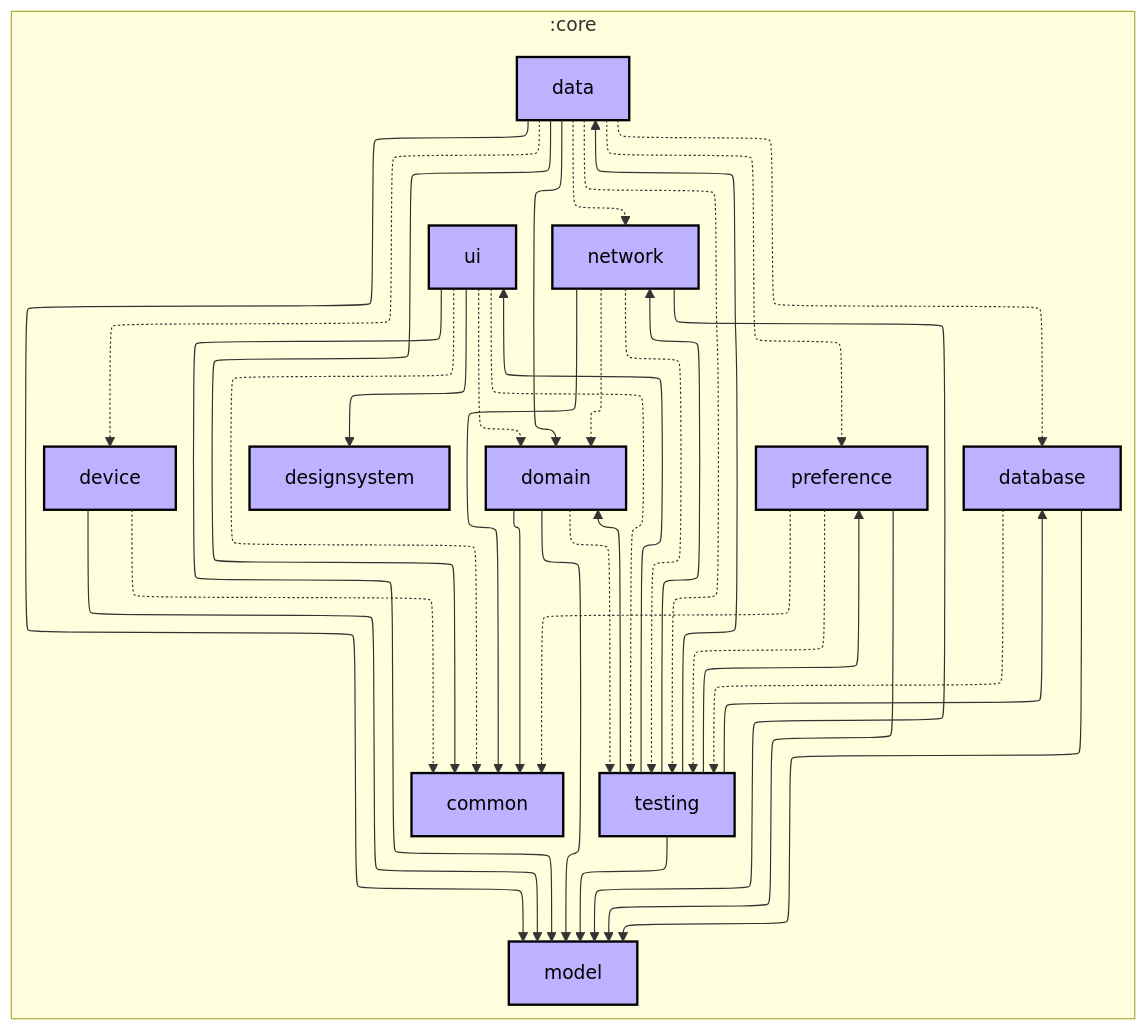
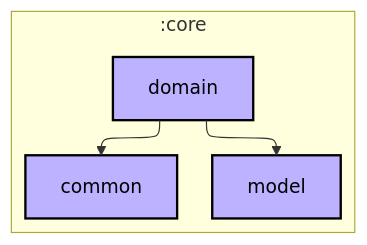
One commit to Adrc95/logrono-bus changed the first of 2 diagrams in core/domain/README.md. Above: the diagram before and after it, drawn with Mermaid. The commit also changed 32 other files, not shown here.

First line of the commit message:
Chore: unblock the test suites, the graphs and the CI

````diff
--- a/core/domain/README.md
+++ b/core/domain/README.md
@@ -28,67 +28,27 @@
 ```mermaid
 ---
 config:
   layout: elk
   elk:
     nodePlacementStrategy: SIMPLE
 ---
 graph TB
   subgraph :core
     direction TB
     :core:common[common]:::library
-    :core:data[data]:::library
-    :core:database[database]:::library
-    :core:designsystem[designsystem]:::library
-    :core:device[device]:::library
     :core:domain[domain]:::library
     :core:model[model]:::library
-    :core:network[network]:::library
-    :core:preference[preference]:::library
-    :core:testing[testing]:::library
-    :core:ui[ui]:::library
   end
 
-  :core:data --> :core:common
-  :core:data -.-> :core:database
-  :core:data -.-> :core:device
-  :core:data --> :core:domain
-  :core:data --> :core:model
-  :core:data -.-> :core:network
-  :core:data -.-> :core:preference
-  :core:data -.-> :core:testing
-  :core:database --> :core:model
-  :core:database -.-> :core:testing
-  :core:device -.-> :core:common
-  :core:device --> :core:model
   :core:domain --> :core:common
   :core:domain --> :core:model
-  :core:domain -.-> :core:testing
-  :core:network --> :core:common
-  :core:network -.-> :core:domain
-  :core:network --> :core:model
-  :core:network -.-> :core:testing
-  :core:preference -.-> :core:common
-  :core:preference --> :core:model
-  :core:preference -.-> :core:testing
-  :core:testing --> :core:data
-  :core:testing --> :core:database
-  :core:testing --> :core:domain
-  :core:testing --> :core:model
-  :core:testing --> :core:network
-  :core:testing --> :core:preference
-  :core:testing --> :core:ui
-  :core:ui -.-> :core:common
-  :core:ui --> :core:designsystem
-  :core:ui -.-> :core:domain
-  :core:ui --> :core:model
-  :core:ui -.-> :core:testing
 
 classDef feature fill:#CAFFBF,stroke:#000,stroke-width:2px,color:#000;
 classDef navigation fill:#9BF6FF,stroke:#000,stroke-width:2px,color:#000;
 classDef library fill:#BDB2FF,stroke:#000,stroke-width:2px,color:#000;
 classDef application fill:#FFD6A5,stroke:#000,stroke-width:2px,color:#000;
 classDef jvm-library fill:#FDFFB6,stroke:#000,stroke-width:2px,color:#000;
 classDef kmp-library fill:#FFC6FF,stroke:#000,stroke-width:2px,color:#000;
 classDef android-library fill:#E0E0E0,stroke:#000,stroke-width:2px,color:#000;
 classDef unknown fill:#FFADAD,stroke:#000,stroke-width:2px,color:#000;
 ```
````
